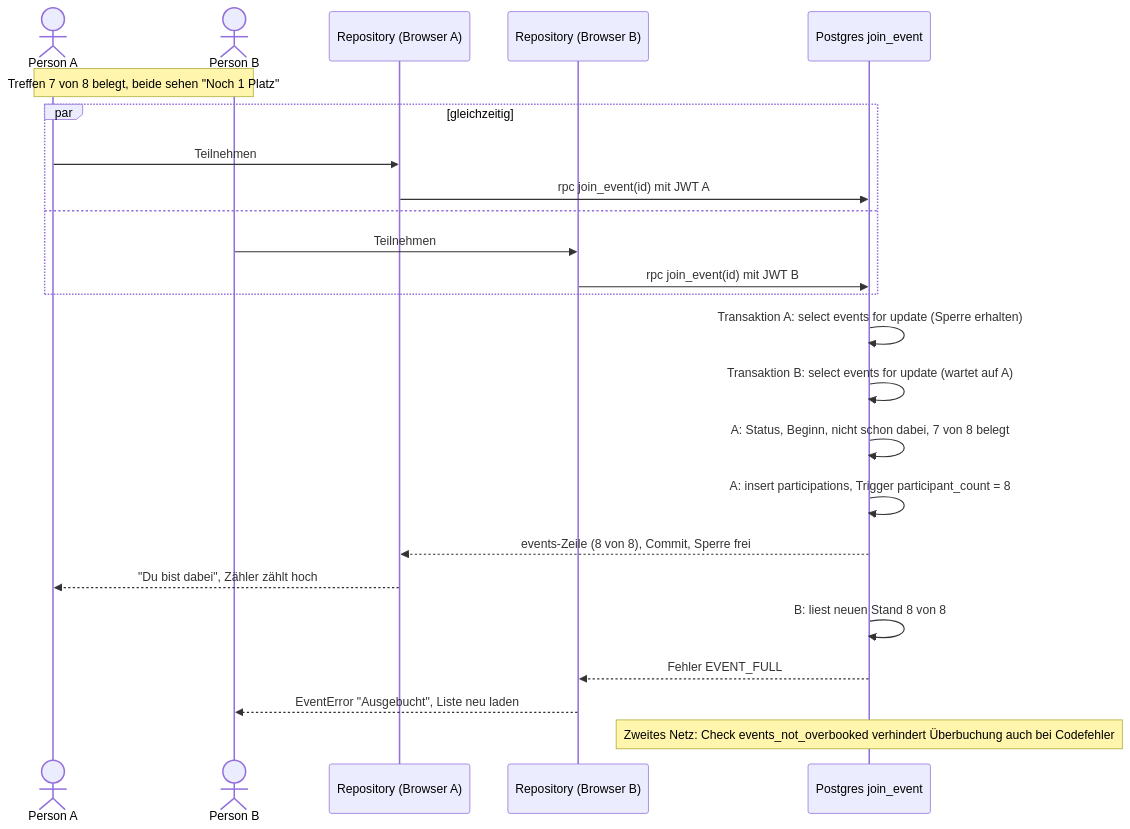
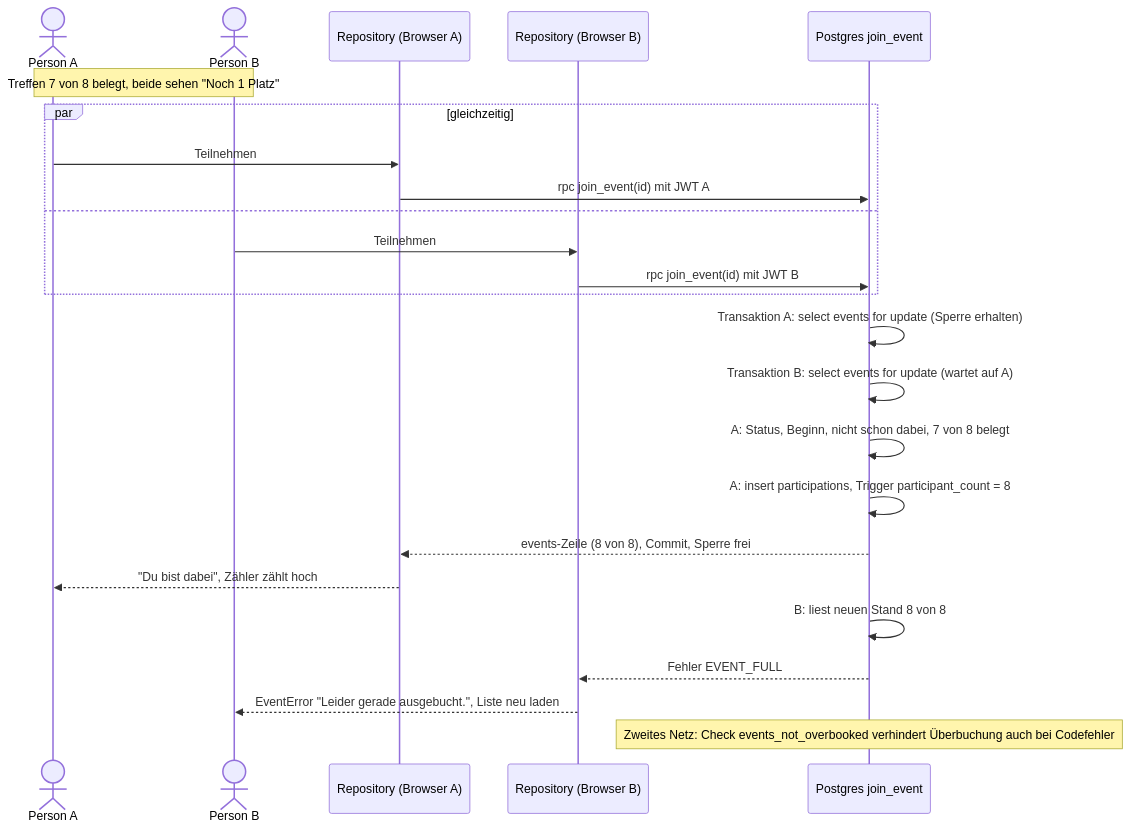
Before and after one commit to Paulo-Temme/SportMate: the fourth of 9 diagrams in docs/architecture.md, drawn with Mermaid. The commit also changed other lines of this file, not shown here.

Commit message:
F-00: Architektur an den Code angeglichen (src/lib/map, src/lib/ui, AuthGateway, data-services, Arbeitsspeicher nach ADR-0010, Marker-Gruppen, Klassendiagramm, Ordnerstruktur, Story-IDs)

````diff
--- a/docs/architecture.md
+++ b/docs/architecture.md
@@ -237,26 +247,26 @@
 ```mermaid
 sequenceDiagram
   actor A as Person A
   actor B as Person B
   participant RA as Repository (Browser A)
   participant RB as Repository (Browser B)
   participant DB as Postgres join_event
   Note over A,B: Treffen 7 von 8 belegt, beide sehen "Noch 1 Platz"
   par gleichzeitig
     A->>RA: Teilnehmen
     RA->>DB: rpc join_event(id) mit JWT A
   and
     B->>RB: Teilnehmen
     RB->>DB: rpc join_event(id) mit JWT B
   end
   DB->>DB: Transaktion A: select events for update (Sperre erhalten)
   DB->>DB: Transaktion B: select events for update (wartet auf A)
   DB->>DB: A: Status, Beginn, nicht schon dabei, 7 von 8 belegt
   DB->>DB: A: insert participations, Trigger participant_count = 8
   DB-->>RA: events-Zeile (8 von 8), Commit, Sperre frei
   RA-->>A: "Du bist dabei", Zähler zählt hoch
   DB->>DB: B: liest neuen Stand 8 von 8
   DB-->>RB: Fehler EVENT_FULL
-  RB-->>B: EventError "Ausgebucht", Liste neu laden
+  RB-->>B: EventError "Leider gerade ausgebucht.", Liste neu laden
   Note over DB: Zweites Netz: Check events_not_overbooked verhindert Überbuchung auch bei Codefehler
 ```
````
